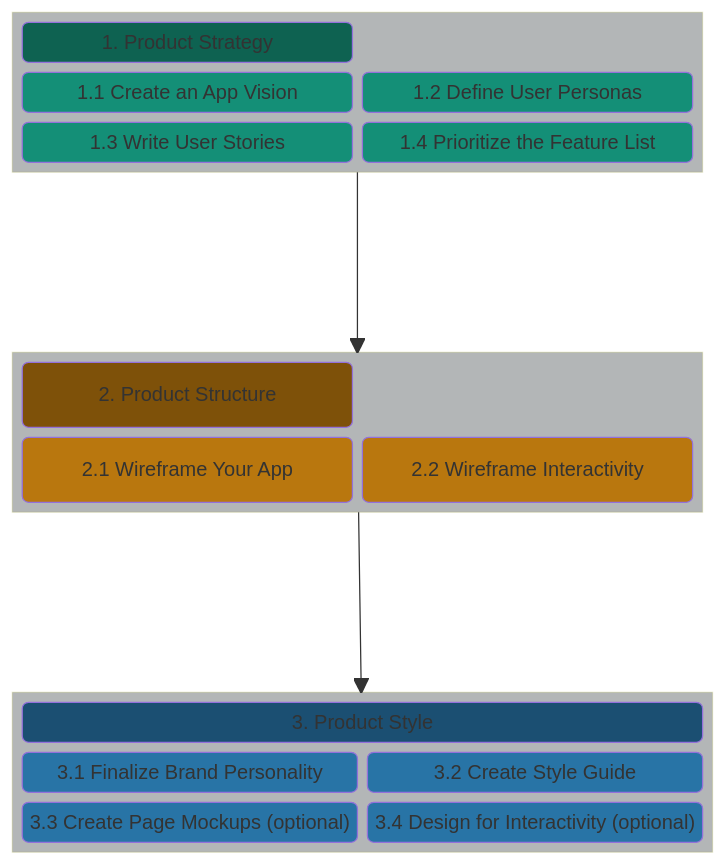
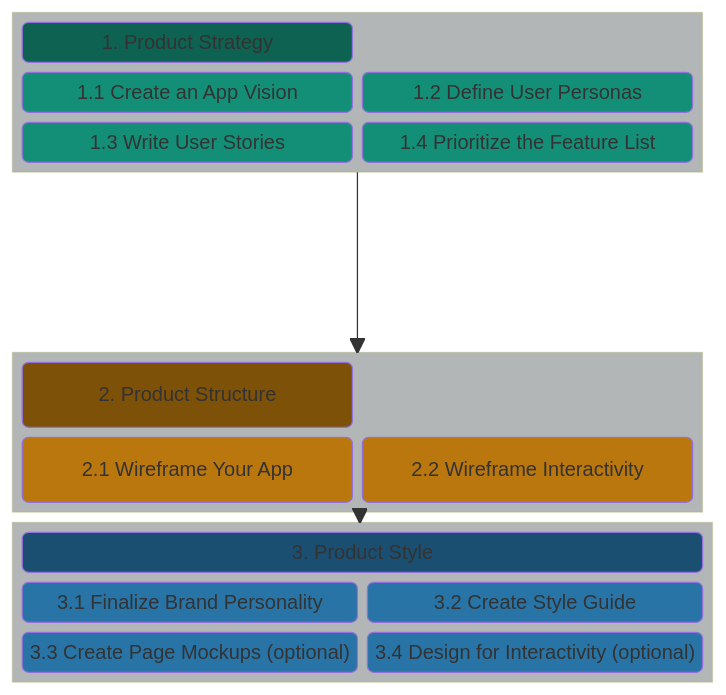
One commit to chingu-voyages/Handbook changed the first of 3 diagrams in docs/resources/techresources/uiux.md. Above: the diagram before and after it, drawn with Mermaid.

Commit message:
Fix: Remove whitespace

````diff
--- a/docs/resources/techresources/uiux.md
+++ b/docs/resources/techresources/uiux.md
@@ -15,49 +15,48 @@
 ```mermaid
 block-beta
 columns 1
   block:STRATEGY
     columns 2
     A("1. Product Strategy"):2
     B("1.1 Create an App Vision")
     C("1.2 Define User Personas")
     D("1.3 Write User Stories")
     E("1.4 Prioritize the Feature List")
   end
   space
   block:STRUCTURE
     columns 2
     G("2. Product Structure"):2
     J("2.1 Wireframe Your App")
     L("2.2 Wireframe Interactivity")
   end
   STRATEGY --> STRUCTURE
-  space
   block:STYLE
     columns 2
     M("3. Product Style"):2
     N("3.1 Finalize Brand Personality")
     O("3.2 Create Style Guide")
     P("3.3 Create Page Mockups (optional)")
     Q("3.4 Design for Interactivity (optional)")
   end
   STRUCTURE --> STYLE
   style A fill:#0e6251
   style B fill:#148f77
   style C fill:#148f77
   style D fill:#148f77
   style E fill:#148f77
 
   style G fill:#7e5109
   style J fill:#b9770e
   style L fill:#b9770e
 
   style M fill:#1b4f72
   style N fill:#2874a6
   style O fill:#2874a6
   style P fill:#2874a6
   style Q fill:#2874a6
 
   style STRATEGY fill:#b3b6b7
   style STRUCTURE fill:#b3b6b7
   style STYLE fill:#b3b6b7
 ```
````
